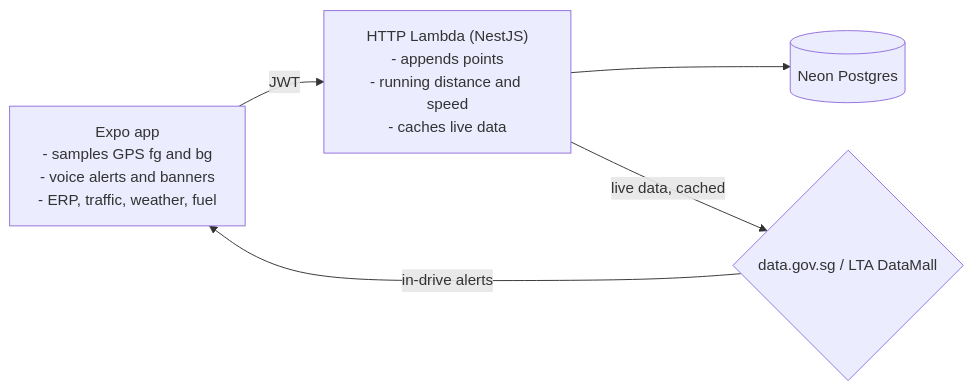
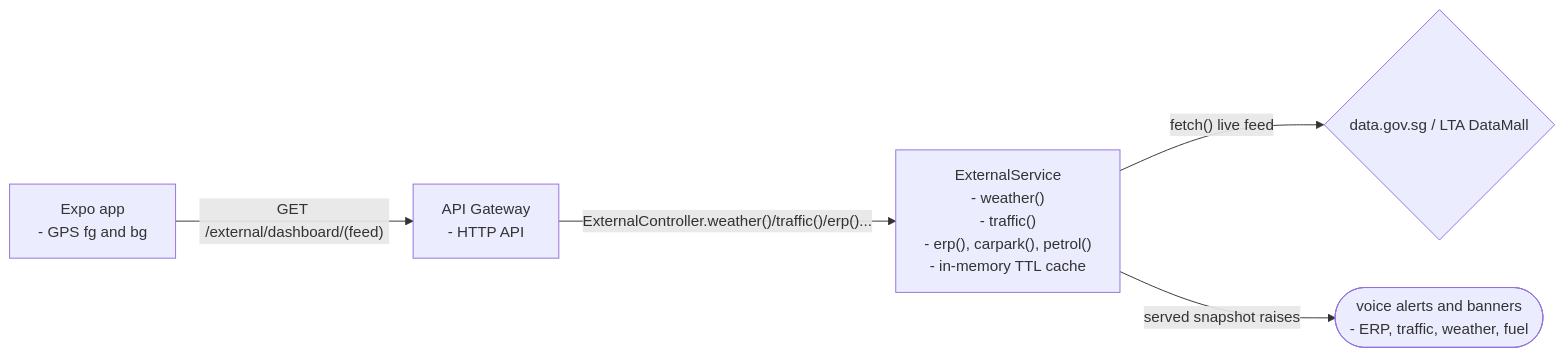
The second of 6 diagrams in README.md (elleskay/drivebuddy), drawn with Mermaid before and after one commit. The commit also changed other lines of this file and 94 other files, not shown here.

````diff
--- a/README.md
+++ b/README.md
@@ -165,11 +162,7 @@
 ```mermaid
 flowchart LR
-  App["Expo app<br/>- samples GPS fg and bg<br/>- voice alerts and banners<br/>- ERP, traffic, weather, fuel"]
-  API["HTTP Lambda (NestJS)<br/>- appends points<br/>- running distance and speed<br/>- caches live data"]
-  Neon[("Neon Postgres")]
-  LTA{"data.gov.sg / LTA DataMall"}
-  App -->|JWT| API
-  API --> Neon
-  API -->|"live data, cached"| LTA
-  LTA -->|"in-drive alerts"| App
+  App["Expo app<br/>- GPS fg and bg"] -->|"GET /external/dashboard/(feed)"| APIGW["API Gateway<br/>- HTTP API"]
+  APIGW -->|"ExternalController.weather()/traffic()/erp()..."| Ext["ExternalService<br/>- weather()<br/>- traffic()<br/>- erp(), carpark(), petrol()<br/>- in-memory TTL cache"]
+  Ext -->|"fetch() live feed"| Src{"data.gov.sg / LTA DataMall"}
+  Ext -->|"served snapshot raises"| Alerts(["voice alerts and banners<br/>- ERP, traffic, weather, fuel"])
 ```
````
